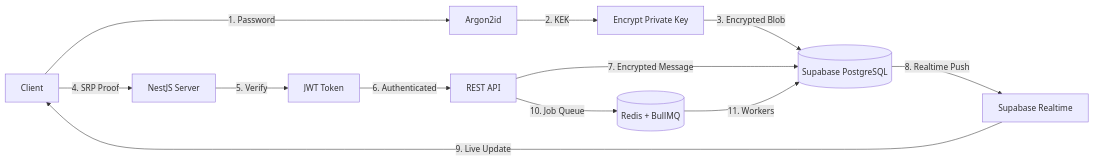
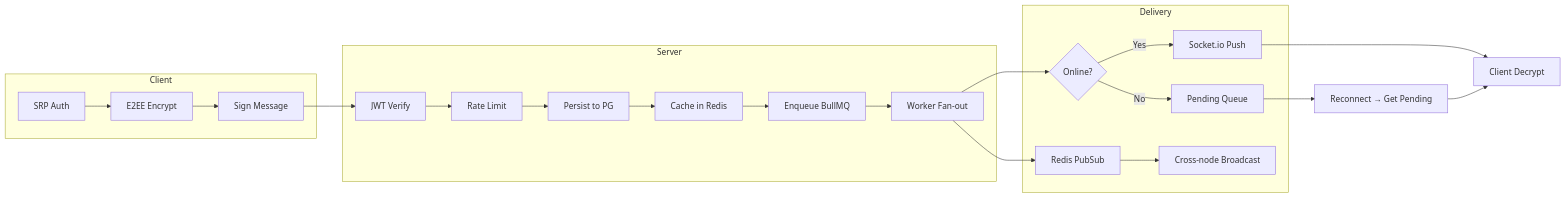
Before and after one commit to BazilSuhail/ZEVRA-Server: the seventh of 7 diagrams in README.md, drawn with Mermaid. The commit also changed other lines of this file and 10 other files, not shown here.

````diff
--- a/README.md
+++ b/README.md
@@ -35,14 +256,28 @@
 ```mermaid
 graph LR
-    A[Client] -->|1. Password| B[Argon2id]
-    B -->|2. KEK| C[Encrypt Private Key]
-    C -->|3. Encrypted Blob| D[(Supabase PostgreSQL)]
-    A -->|4. SRP Proof| E[NestJS Server]
-    E -->|5. Verify| F[JWT Token]
-    F -->|6. Authenticated| G[REST API]
-    G -->|7. Encrypted Message| D
-    D -->|8. Realtime Push| H[Supabase Realtime]
-    H -->|9. Live Update| A
-    G -->|10. Job Queue| I[(Redis + BullMQ)]
-    I -->|11. Workers| D
+    subgraph Client
+        A[SRP Auth] --> B[E2EE Encrypt]
+        B --> C[Sign Message]
+    end
+
+    subgraph Server
+        D[JWT Verify] --> E[Rate Limit]
+        E --> F[Persist to PG]
+        F --> G[Cache in Redis]
+        G --> H[Enqueue BullMQ]
+        H --> I[Worker Fan-out]
+    end
+
+    subgraph Delivery
+        I --> J{Online?}
+        J -->|Yes| K[Socket.io Push]
+        J -->|No| L[Pending Queue]
+        I --> M[Redis PubSub]
+        M --> N[Cross-node Broadcast]
+    end
+
+    C --> D
+    K --> O[Client Decrypt]
+    L --> P[Reconnect → Get Pending]
+    P --> O
 ```
````
